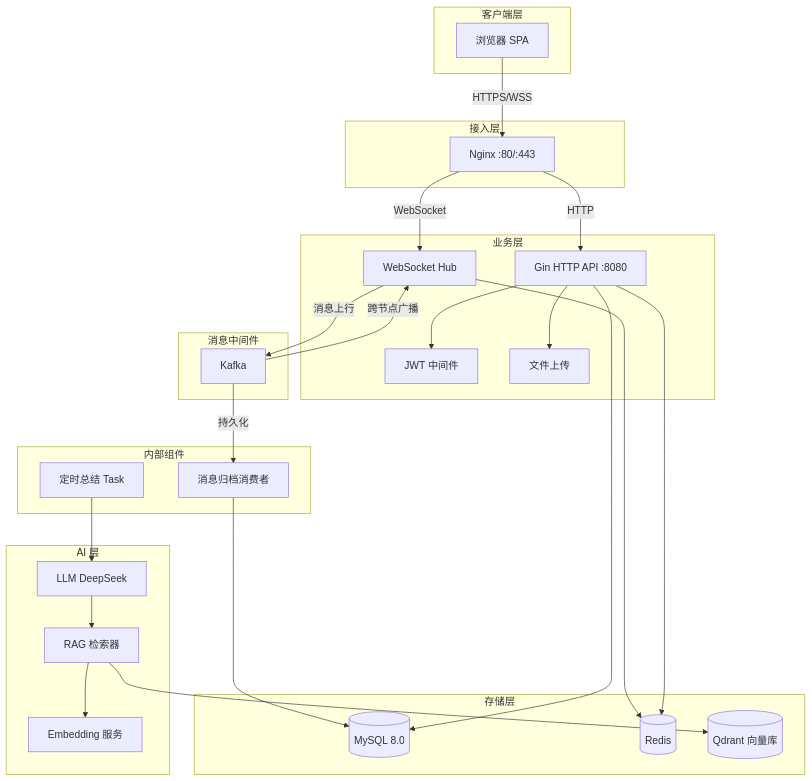
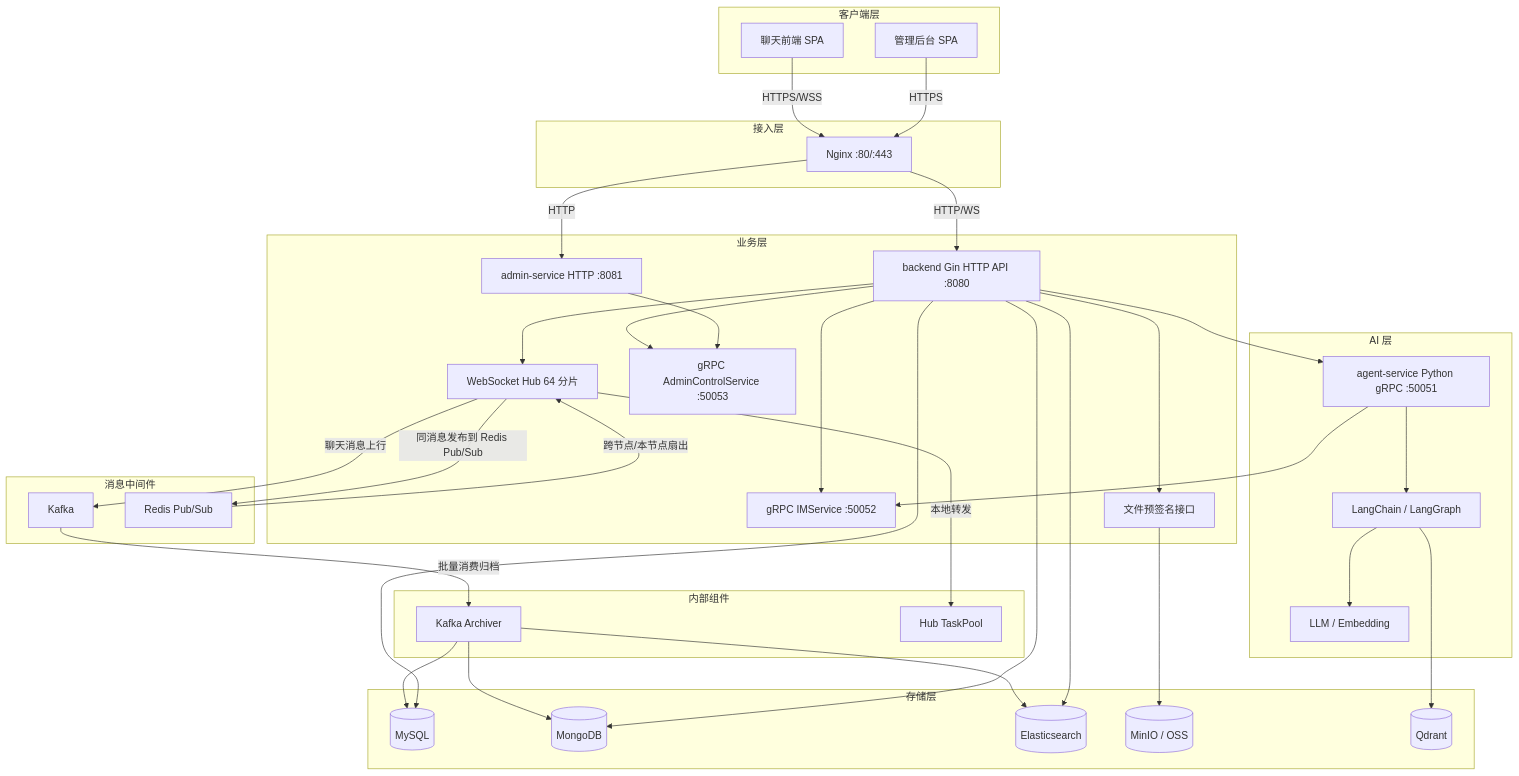
One commit to cholode/LAN-sync changed the diagram in ARCHITECTURE.md. Above: the diagram before and after it, drawn with Mermaid. The commit also changed other lines of this file and 7 other files, not shown here.

````diff
--- a/ARCHITECTURE.md
+++ b/ARCHITECTURE.md
@@ -9,55 +9,71 @@
 ```mermaid
 graph TB
     subgraph 客户端层
-        A[浏览器 SPA]
+        A[聊天前端 SPA]
+        A2[管理后台 SPA]
     end
 
     subgraph 接入层
         B[Nginx :80/:443]
     end
 
     subgraph 业务层
-        C[Gin HTTP API :8080]
-        D[WebSocket Hub]
-        E[JWT 中间件]
-        F[文件上传]
+        C[backend Gin HTTP API :8080]
+        D[WebSocket Hub 64 分片]
+        E[gRPC IMService :50052]
+        F[gRPC AdminControlService :50053]
+        G[文件预签名接口]
+        H[admin-service HTTP :8081]
+    end
+
+    subgraph AI 层
+        I[agent-service Python gRPC :50051]
+        J[LangChain / LangGraph]
+        K[LLM / Embedding]
     end
 
     subgraph 消息中间件
-        G[Kafka]
+        L[Kafka]
+        M[Redis Pub/Sub]
     end
 
     subgraph 存储层
-        H[(MySQL 8.0)]
-        I[(Redis)]
-        J[(Qdrant 向量库)]
-    end
-
-    subgraph AI 层
-        K[LLM DeepSeek]
-        L[Embedding 服务]
-        M[RAG 检索器]
+        N[(MySQL)]
+        O[(MongoDB)]
+        P[(Elasticsearch)]
+        Q[(MinIO / OSS)]
+        R[(Qdrant)]
     end
 
     subgraph 内部组件
-        N[消息归档消费者]
-        O[定时总结 Task]
+        S[Kafka Archiver]
+        T[Hub TaskPool]
     end
 
     A -->|HTTPS/WSS| B
-    B -->|HTTP| C
-    B -->|WebSocket| D
+    A2 -->|HTTPS| B
+    B -->|HTTP/WS| C
+    B -->|HTTP| H
+    C --> D
+    D -->|聊天消息上行| L
+    D -->|同消息发布到 Redis Pub/Sub| M
+    L -->|批量消费归档| S
+    S --> N
+    S --> O
+    S --> P
+    M -->|跨节点/本节点扇出| D
+    D -->|本地转发| T
+    C --> G
+    G --> Q
     C --> E
-    D -->|消息上行| G
-    G -->|跨节点广播| D
-    G -->|持久化| N
-    N --> H
-    D --> I
     C --> F
-    C --> H
+    H --> F
     C --> I
-    M --> J
-    M --> L
-    K --> M
-    O --> K
+    I --> J
+    J --> R
+    J --> K
+    I --> E
+    C --> N
+    C --> O
+    C --> P
 ```
````
